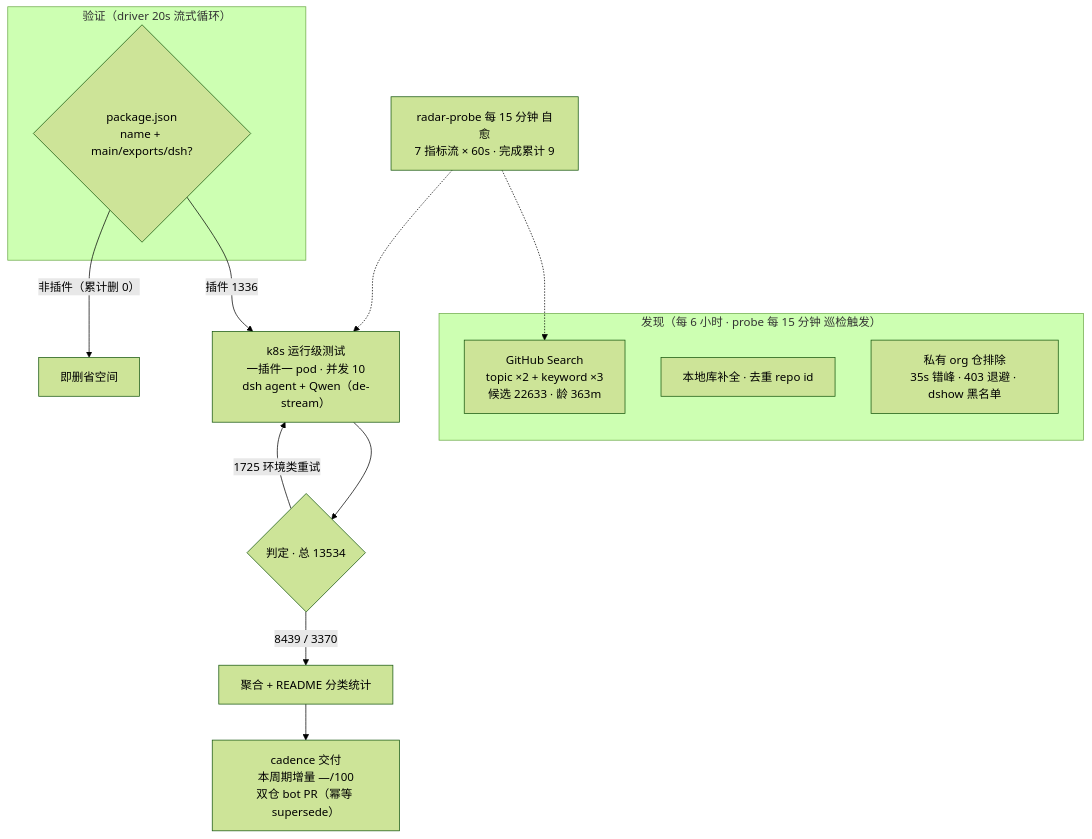
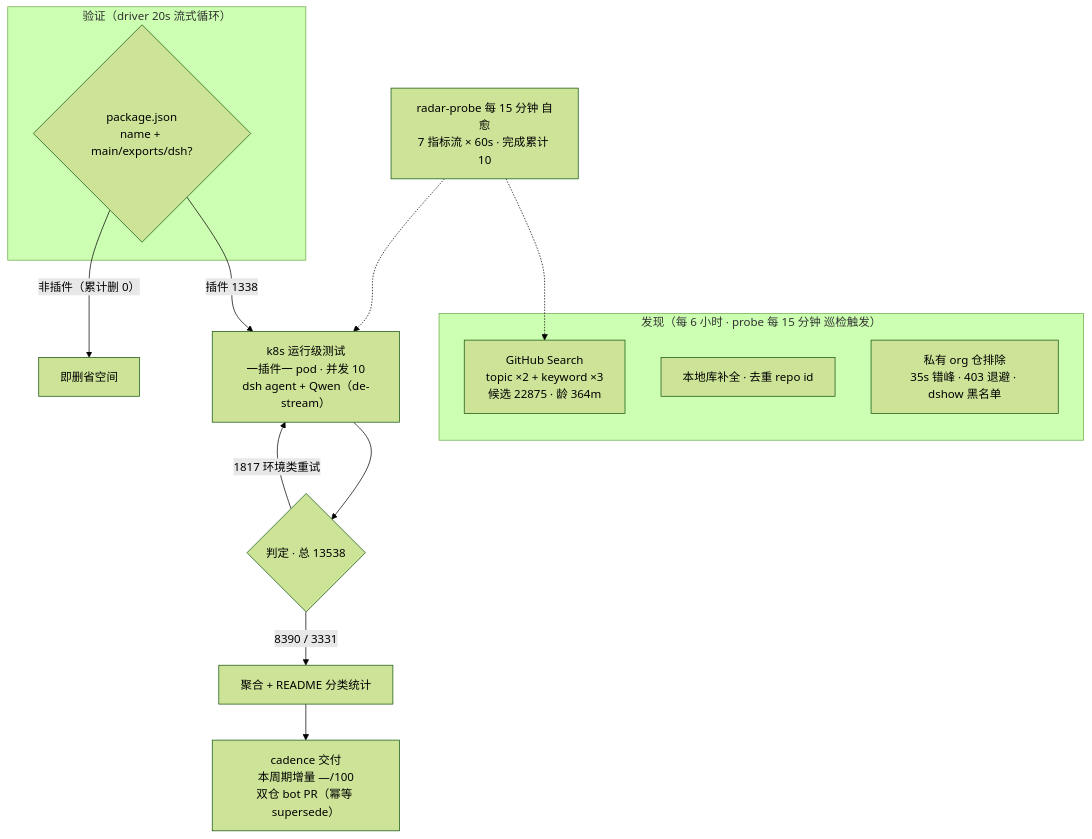
One commit to 1420079678-ctrl/dsh-plugin-radar changed the diagram in README.md. Above: the diagram before and after it, drawn with Mermaid (forest theme). The commit also changed other lines of this file and 15 other files, not shown here.

````diff
--- a/README.md
+++ b/README.md
@@ -70,20 +72,20 @@
 ```mermaid
 flowchart TB
     subgraph Discovery["发现（每 6 小时 · probe 每 15 分钟 巡检触发）"]
-        A1["GitHub Search<br/>topic ×2 + keyword ×3<br/>候选 22633 · 龄 363m"]
+        A1["GitHub Search<br/>topic ×2 + keyword ×3<br/>候选 22875 · 龄 364m"]
         A2["本地库补全 · 去重 repo id"]
         A3["私有 org 仓排除<br/>35s 错峰 · 403 退避 · dshow 黑名单"]
     end
     subgraph Validation["验证（driver 20s 流式循环）"]
         B1{"package.json<br/>name + main/exports/dsh?"}
     end
-    B1 -->|"插件 1336"| C1["k8s 运行级测试<br/>一插件一 pod · 并发 10<br/>dsh agent + Qwen（de-stream）"]
+    B1 -->|"插件 1338"| C1["k8s 运行级测试<br/>一插件一 pod · 并发 10<br/>dsh agent + Qwen（de-stream）"]
     B1 -->|"非插件（累计删 0）"| B3["即删省空间"]
-    C1 --> D1{"判定 · 总 13534"}
-    D1 -->|"8439 / 3370"| E1["聚合 + README 分类统计"]
-    D1 -->|"1725 环境类重试"| C1
+    C1 --> D1{"判定 · 总 13538"}
+    D1 -->|"8390 / 3331"| E1["聚合 + README 分类统计"]
+    D1 -->|"1817 环境类重试"| C1
     E1 --> E2["cadence 交付<br/>本周期增量 —/100<br/>双仓 bot PR（幂等 supersede）"]
-    M["radar-probe 每 15 分钟 自愈<br/>7 指标流 × 60s · 完成累计 9"]
+    M["radar-probe 每 15 分钟 自愈<br/>7 指标流 × 60s · 完成累计 10"]
     M -.-> A1
     M -.-> C1
 ```
````
